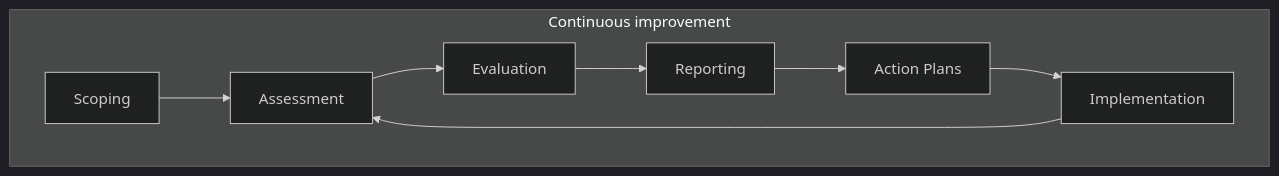
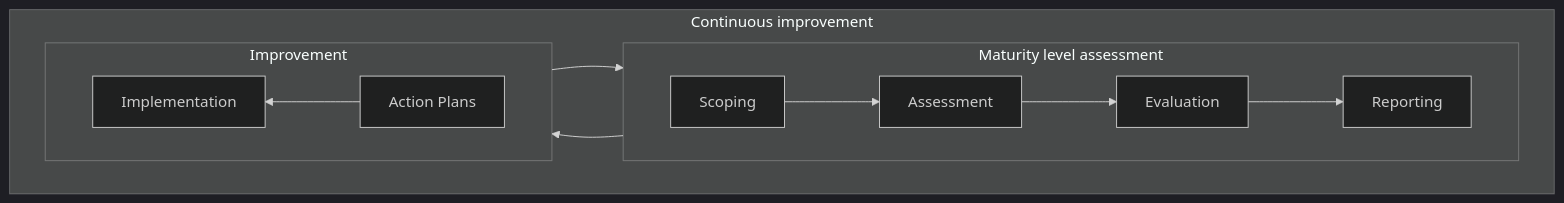
One commit to pkic/pkimm changed the second of 2 diagrams in assessment/_index.md. Above: the diagram before and after it, drawn with Mermaid (dark theme). The commit also changed other lines of this file and 9 other files, not shown here.

````diff
--- a/assessment/_index.md
+++ b/assessment/_index.md
@@ -38,9 +38,16 @@
 ```mermaid
-flowchart LR
+flowchart
   subgraph Continuous improvement
     direction LR
-    Scoping --> Assessment --> Evaluation --> Reporting
-    a[Action Plans] --> Implementation --> Assessment
+    subgraph Maturity level assessment
+      direction LR
+      Scoping --> Assessment --> Evaluation --> Reporting
+    end
+    subgraph Improvement
+      direction RL
+      a[Action Plans] --> Implementation
+    end
+    Implementation --> Scoping
     Reporting --> a[Action Plans]
   end
 ```
````
